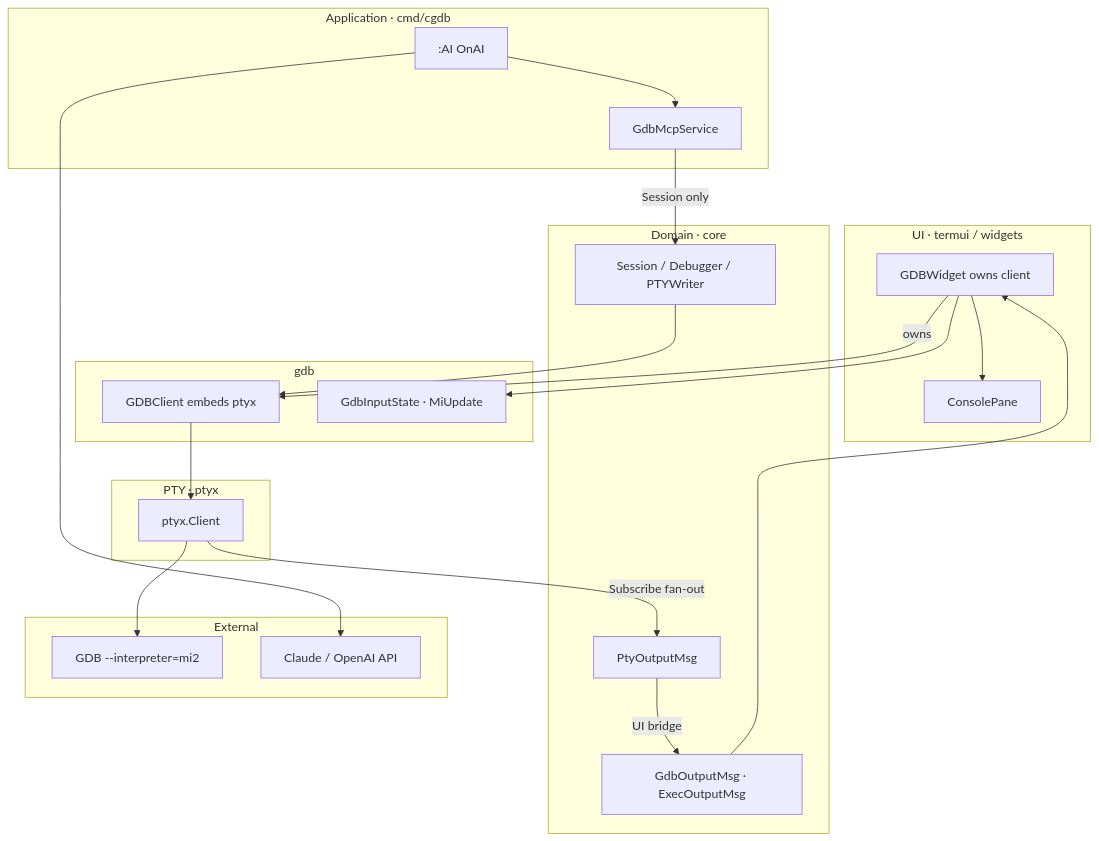
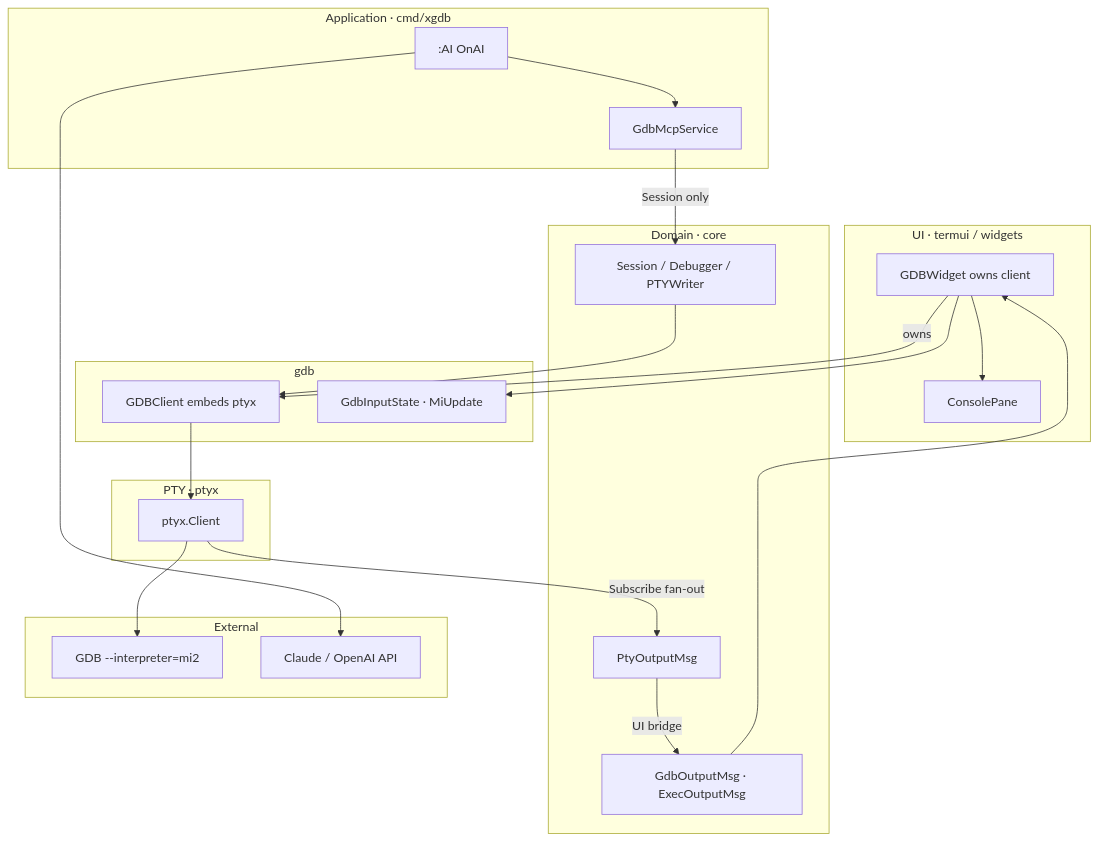
One commit to yairgd/gdbforge changed the first of 5 diagrams in docs/DEBUGGER_INTEGRATION.md. Above: the diagram before and after it, drawn with Mermaid. The commit also changed other lines of this file and 67 other files, not shown here.

````diff
--- a/docs/DEBUGGER_INTEGRATION.md
+++ b/docs/DEBUGGER_INTEGRATION.md
@@ -30,45 +30,45 @@
 ```mermaid
 flowchart TB
     subgraph UI["UI · termui / widgets"]
         GDBW["GDBWidget owns client"]
         Cons["ConsolePane"]
     end
 
-    subgraph App["Application · cmd/cgdb"]
+    subgraph App["Application · cmd/xgdb"]
         AI[":AI OnAI"]
         MCP["GdbMcpService"]
     end
 
     subgraph Domain["Domain · core"]
         SessIF["Session / Debugger / PTYWriter"]
         PtyMsg["PtyOutputMsg"]
         UIMsg["GdbOutputMsg · ExecOutputMsg"]
     end
 
     subgraph PTYLayer["PTY · ptyx"]
         Pty["ptyx.Client"]
     end
 
     subgraph Backend["gdb"]
         Client["GDBClient embeds ptyx"]
         MI["GdbInputState · MiUpdate"]
     end
 
     subgraph External["External"]
         GDB["GDB --interpreter=mi2"]
         LLM["Claude / OpenAI API"]
     end
 
     GDBW --> Cons
     GDBW -->|"owns"| Client
     Client --> Pty
     MCP -->|"Session only"| SessIF
     AI --> MCP
     AI --> LLM
     SessIF --> Client
     Pty -->|"Subscribe fan-out"| PtyMsg
     PtyMsg -->|"UI bridge"| UIMsg
     UIMsg --> GDBW
     Pty --> GDB
     GDBW --> MI
 ```
````
